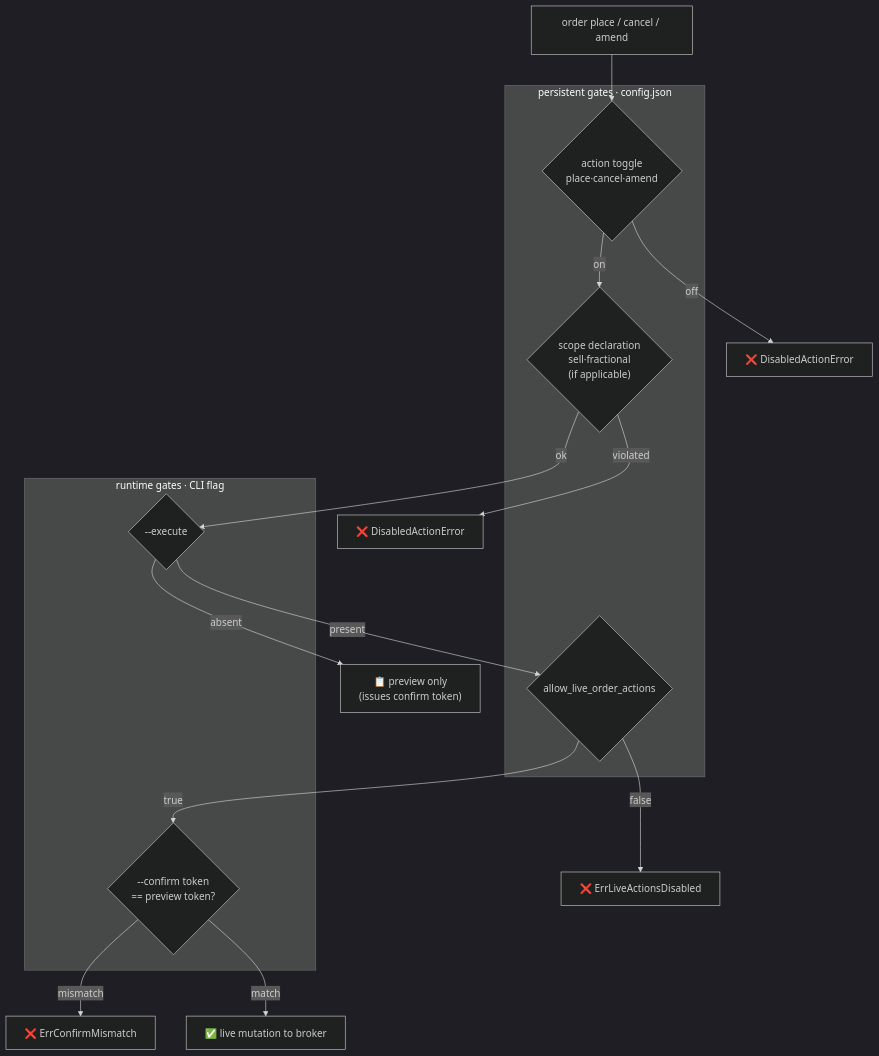
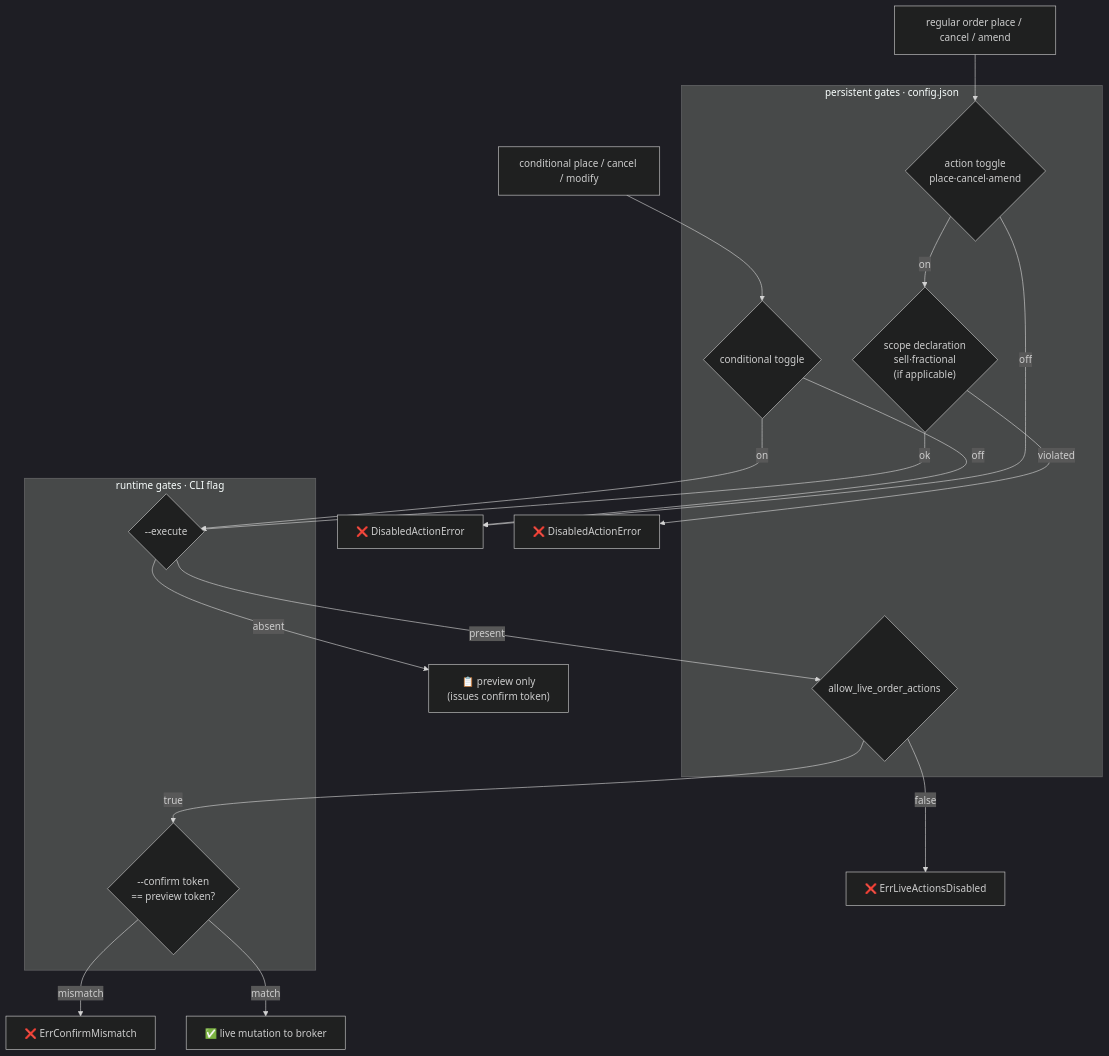
Before and after one commit to JungHoonGhae/tossinvest-cli: the diagram in README.en.md, drawn with Mermaid (dark theme). The commit also changed other lines of this file and 21 other files, not shown here.

````diff
--- a/README.en.md
+++ b/README.en.md
@@ -348,24 +348,28 @@
 ```mermaid
 flowchart TD
-    A["order place / cancel / amend"] --> P{"action toggle<br/>place·cancel·amend"}
+    A["regular order place / cancel / amend"] --> P{"action toggle<br/>place·cancel·amend"}
+    AC["conditional place / cancel / modify"] --> PC{"conditional toggle"}
     P -->|off| X1["❌ DisabledActionError"]
     P -->|on| S{"scope declaration<br/>sell·fractional<br/>(if applicable)"}
     S -->|violated| X2["❌ DisabledActionError"]
     S -->|ok| E{"--execute"}
+    PC -->|off| X1
+    PC -->|on| E
     E -->|absent| PV["📋 preview only<br/>(issues confirm token)"]
     E -->|present| M{"allow_live_order_actions"}
     M -->|false| X3["❌ ErrLiveActionsDisabled"]
     M -->|true| C{"--confirm token<br/>== preview token?"}
     C -->|mismatch| X4["❌ ErrConfirmMismatch"]
     C -->|match| GO["✅ live mutation to broker"]
 
     subgraph CFG["persistent gates · config.json"]
         P
+        PC
         S
         M
     end
     subgraph RT["runtime gates · CLI flag"]
         E
         C
     end
 ```
````
